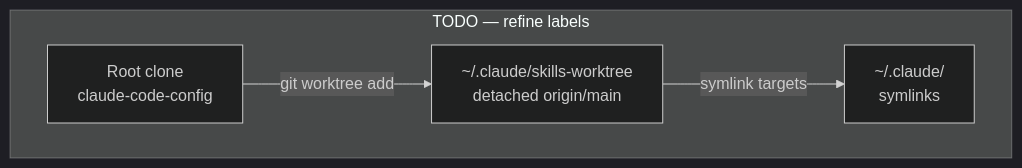
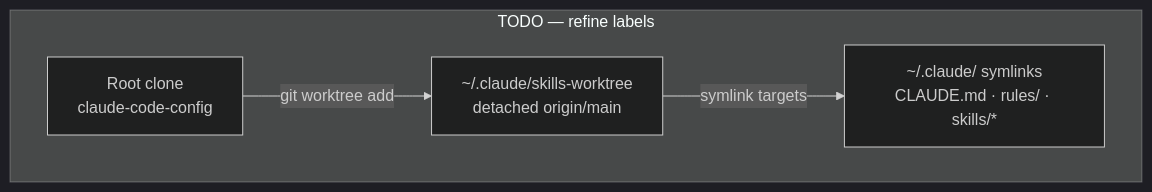
Before and after one commit to auerbachb/claude-code-config: the diagram in .claude/reference/diagrams/skills-worktree-symlinks.md, drawn with Mermaid (dark theme). The commit also changed 3 other files, not shown here.

````diff
--- a/.claude/reference/diagrams/skills-worktree-symlinks.md
+++ b/.claude/reference/diagrams/skills-worktree-symlinks.md
@@ -5,10 +5,10 @@
 ```mermaid
 flowchart TB
   subgraph TODO["TODO — refine labels"]
     R["Root clone<br/>claude-code-config"]
     W["~/.claude/skills-worktree<br/>detached origin/main"]
-    H["~/.claude/<br/>symlinks"]
+    H["~/.claude/ symlinks<br/>CLAUDE.md · rules/ · skills/*"]
   end
   R -->|"git worktree add"| W
   W -->|"symlink targets"| H
 ```
````
